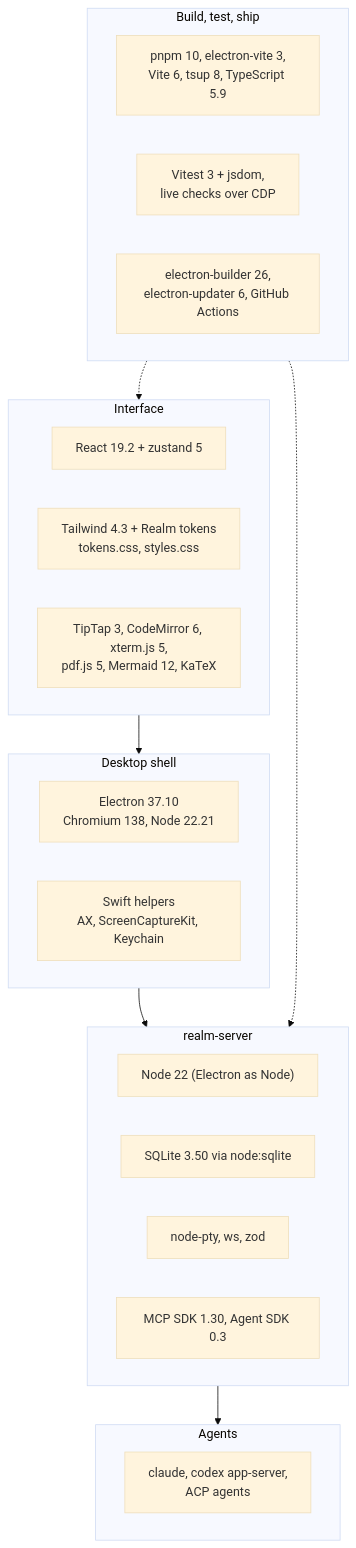
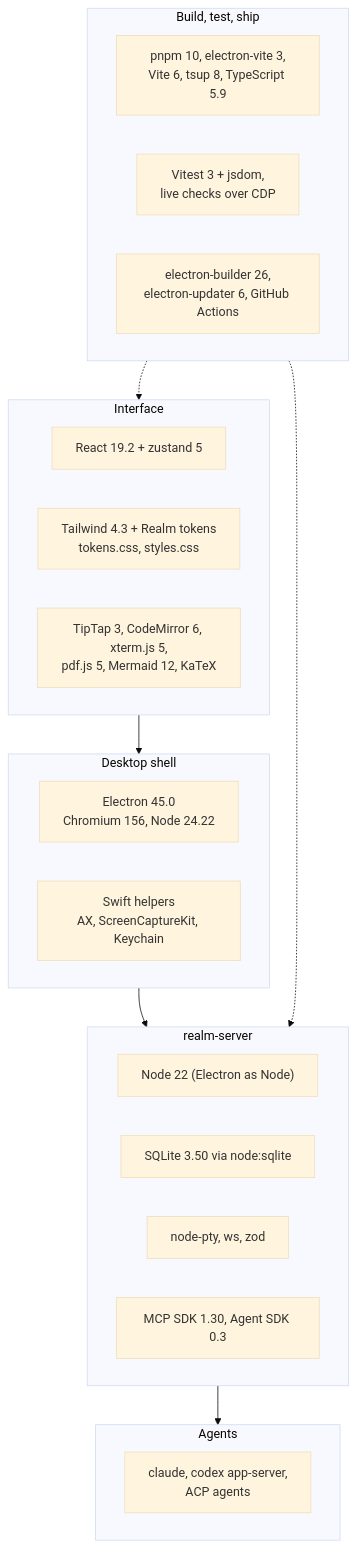
One commit to 31Carlton7/realm changed the third of 3 diagrams in docs/architecture/README.md. Above: the diagram before and after it, drawn with Mermaid (base theme). The commit also changed other lines of this file and 11 other files, not shown here.

````diff
--- a/docs/architecture/README.md
+++ b/docs/architecture/README.md
@@ -196,31 +196,31 @@
 ```mermaid
 flowchart TB
   subgraph ui["Interface"]
     react["React 19.2 + zustand 5"]
     styling["Tailwind 4.3 + Realm tokens<br/>tokens.css, styles.css"]
     editors["TipTap 3, CodeMirror 6, xterm.js 5,<br/>pdf.js 5, Mermaid 12, KaTeX"]
   end
   subgraph shell["Desktop shell"]
-    electron["Electron 37.10<br/>Chromium 138, Node 22.21"]
+    electron["Electron 45.0<br/>Chromium 156, Node 24.22"]
     swift["Swift helpers<br/>AX, ScreenCaptureKit, Keychain"]
   end
   subgraph core["realm-server"]
     node["Node 22 (Electron as Node)"]
     sqlite["SQLite 3.50 via node:sqlite"]
     pty["node-pty, ws, zod"]
     mcp["MCP SDK 1.30, Agent SDK 0.3"]
   end
   subgraph agents["Agents"]
     cli["claude, codex app-server,<br/>ACP agents"]
   end
   subgraph build["Build, test, ship"]
     tools["pnpm 10, electron-vite 3,<br/>Vite 6, tsup 8, TypeScript 5.9"]
     test["Vitest 3 + jsdom,<br/>live checks over CDP"]
     ship["electron-builder 26,<br/>electron-updater 6, GitHub Actions"]
   end
   ui --> shell
   shell --> core
   core --> agents
   build -.-> ui
   build -.-> core
 ```
````
